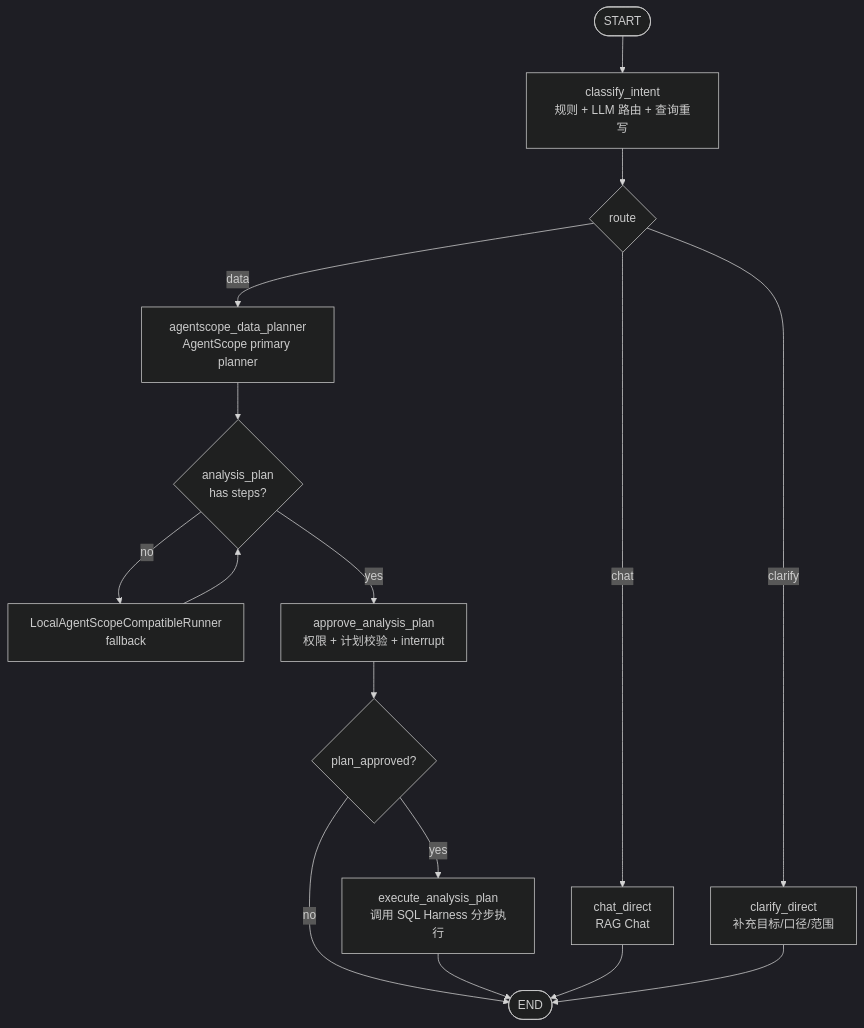
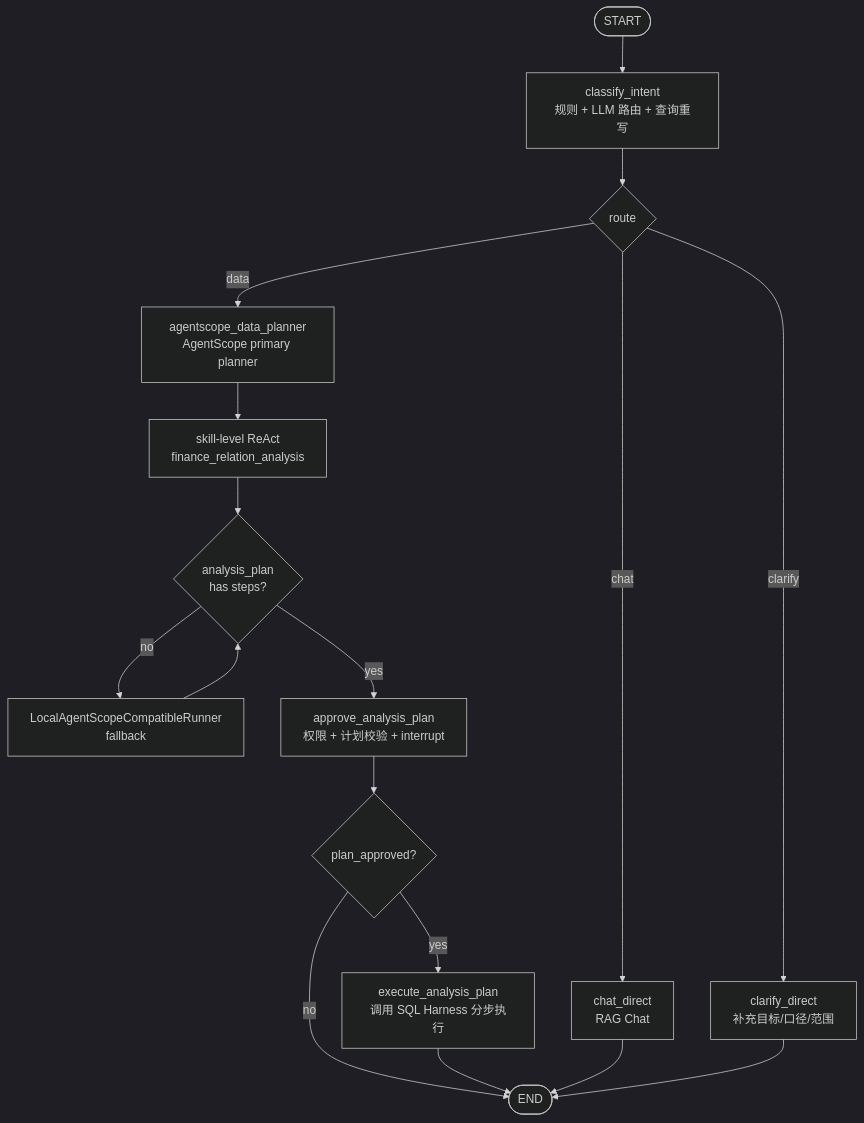
One commit to liangyuzhe/financial-copilot-platform changed the third of 7 diagrams in docs/current_architecture.md. Above: the diagram before and after it, drawn with Mermaid (dark theme). The commit also changed other lines of this file and 45 other files, not shown here.

Commit message:
Implement skill-based data planner and SQL quality gates

````diff
--- a/docs/current_architecture.md
+++ b/docs/current_architecture.md
@@ -118,22 +122,23 @@
 ```mermaid
 flowchart TD
     Start([START]) --> Classify[classify_intent<br/>规则 + LLM 路由 + 查询重写]
     Classify --> Route{route}
 
     Route -->|data| Planner[agentscope_data_planner<br/>AgentScope primary planner]
     Route -->|chat| Chat[chat_direct<br/>RAG Chat]
     Route -->|clarify| Clarify[clarify_direct<br/>补充目标/口径/范围]
 
-    Planner --> PlanCheck{analysis_plan<br/>has steps?}
+    Planner --> Skill[skill-level ReAct<br/>finance_relation_analysis]
+    Skill --> PlanCheck{analysis_plan<br/>has steps?}
     PlanCheck -->|no| Fallback[LocalAgentScopeCompatibleRunner<br/>fallback]
     Fallback --> PlanCheck
     PlanCheck -->|yes| ApprovePlan[approve_analysis_plan<br/>权限 + 计划校验 + interrupt]
 
     ApprovePlan --> Approved{plan_approved?}
     Approved -->|yes| ExecutePlan[execute_analysis_plan<br/>调用 SQL Harness 分步执行]
     Approved -->|no| End([END])
 
     ExecutePlan --> End
     Chat --> End
     Clarify --> End
 ```
````
